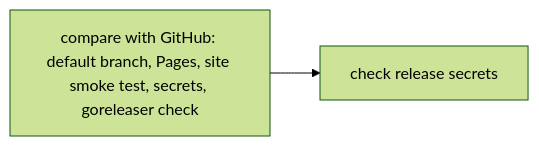
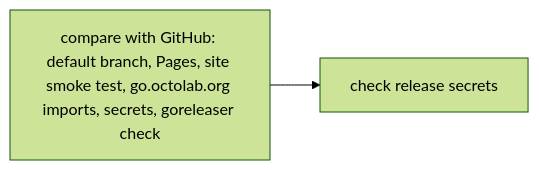
Before and after one commit to octopot/indexit: the sixth of 10 diagrams in .github/workflows/README.md, drawn with Mermaid (forest theme). The commit also changed other lines of this file and 1 other file, not shown here.

Commit message:
fix #102: check go.octolab.org imports in the doctor

````diff
--- a/.github/workflows/README.md
+++ b/.github/workflows/README.md
@@ -140,4 +140,4 @@
 ```mermaid
 flowchart LR
-  doctor[compare with GitHub: default branch, Pages, site smoke test, secrets, goreleaser check] --> preflight[check release secrets]
+  doctor[compare with GitHub: default branch, Pages, site smoke test, go.octolab.org imports, secrets, goreleaser check] --> preflight[check release secrets]
 ```
````
